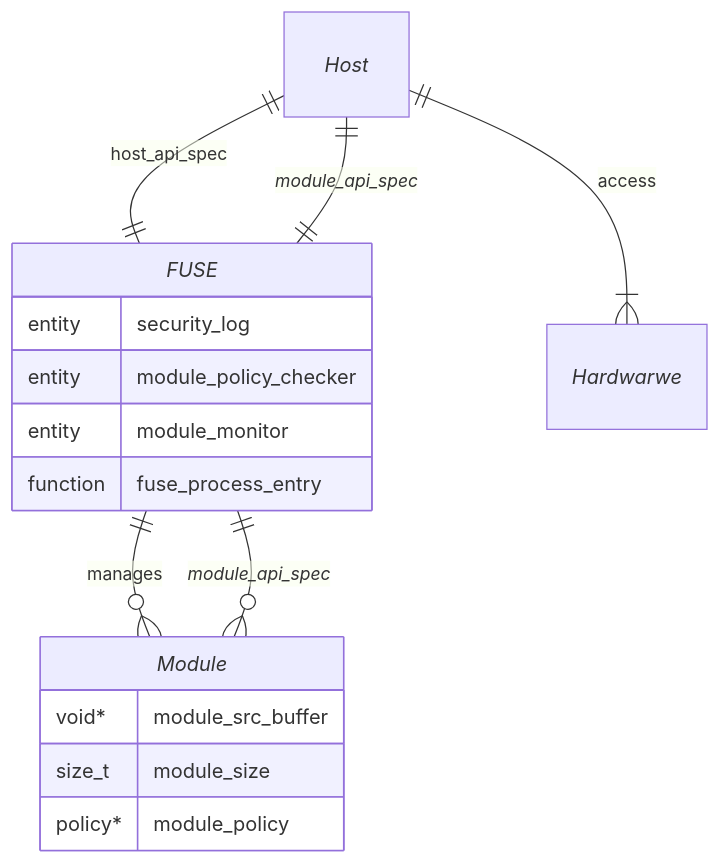
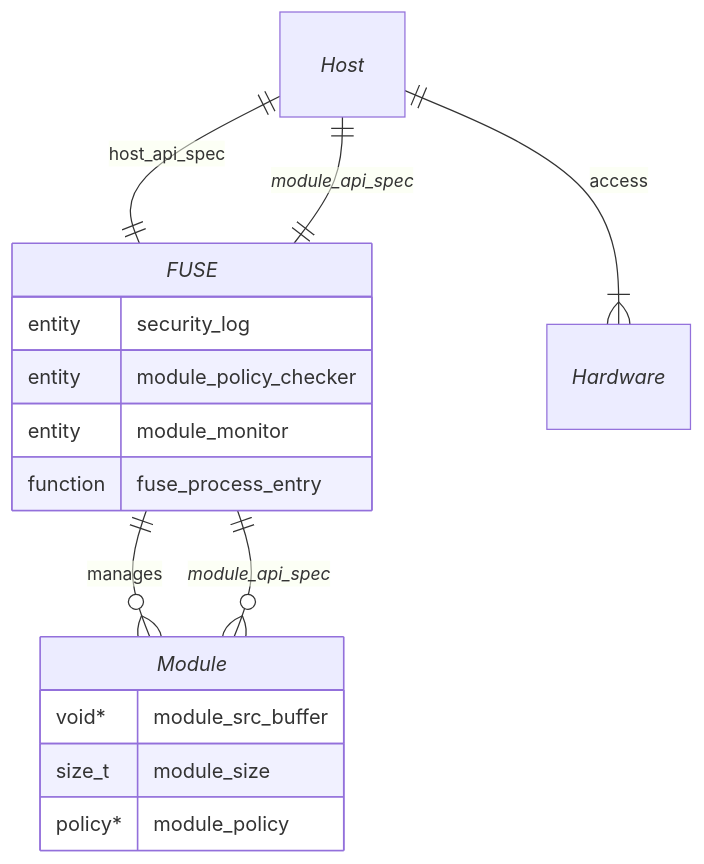
The diagram in .claude/architecture.md (xchen87/fuse), drawn with Mermaid before and after one commit. The commit also changed other lines of this file and 10 other files, not shown here.

````diff
--- a/.claude/architecture.md
+++ b/.claude/architecture.md
@@ -9,19 +9,19 @@
 ```mermaid
 erDiagram
     *Host* ||--|| *FUSE*: host_api_spec
-    *Host* ||--|{ *Hardwarwe*: access
+    *Host* ||--|{ *Hardware*: access
     *FUSE* {
         entity security_log
         entity module_policy_checker
         entity module_monitor
         function fuse_process_entry
     }
     *FUSE* ||--o{ *Module*: manages
     *Module* {
         void* module_src_buffer
         size_t module_size
         policy* module_policy
     }
     *Module* }o--|| *FUSE*: *module_api_spec*
     *FUSE* ||--|| *Host*: *module_api_spec*
 ```
````
